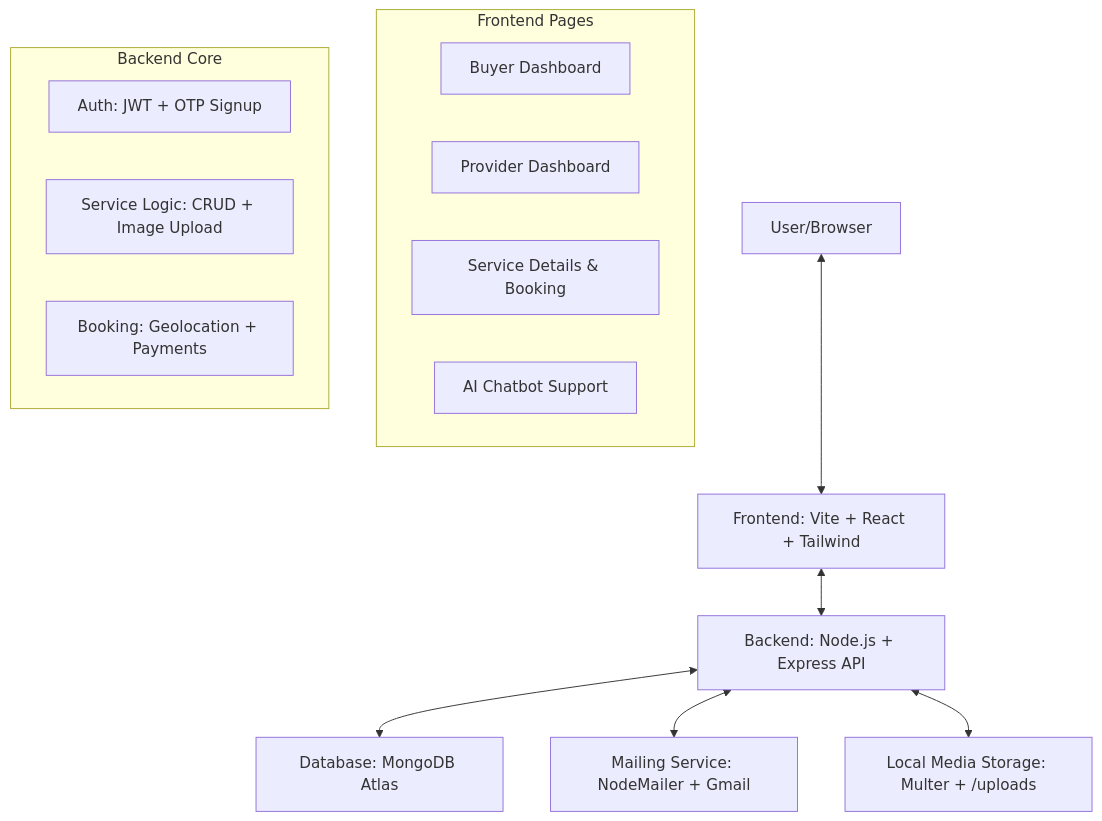
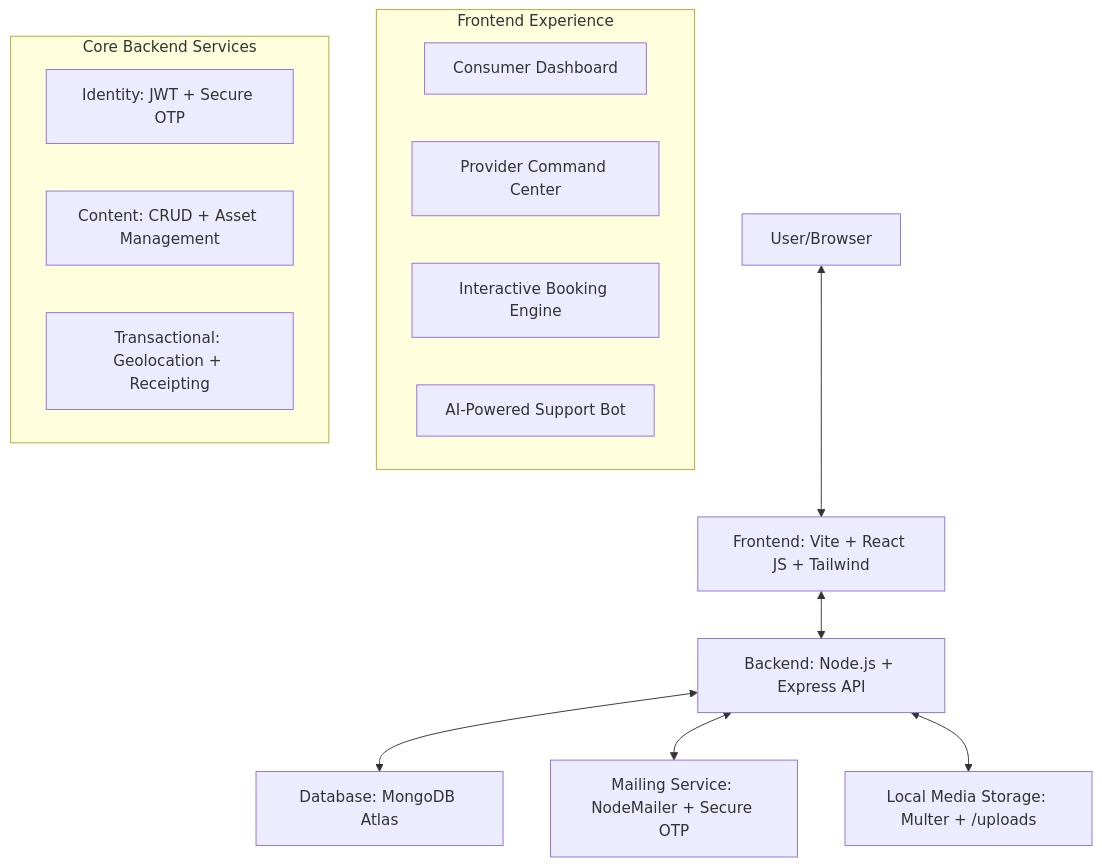
Before and after one commit to priyanshu-dev121/Local-Link: the diagram in README.md, drawn with Mermaid. The commit also changed other lines of this file and 116 other files, not shown here.

````diff
--- a/README.md
+++ b/README.md
@@ -9,21 +11,21 @@
 ```mermaid
 graph TD
-    A[User/Browser] <--> B[Frontend: Vite + React + Tailwind]
+    A[User/Browser] <--> B[Frontend: Vite + React JS + Tailwind]
     B <--> C[Backend: Node.js + Express API]
     C <--> D[Database: MongoDB Atlas]
-    C <--> E[Mailing Service: NodeMailer + Gmail]
+    C <--> E[Mailing Service: NodeMailer + Secure OTP]
     C <--> F[Local Media Storage: Multer + /uploads]
 
-    subgraph Frontend Pages
-        G[Buyer Dashboard]
-        H[Provider Dashboard]
-        I[Service Details & Booking]
-        J[AI Chatbot Support]
+    subgraph "Frontend Experience"
+        G[Consumer Dashboard]
+        H[Provider Command Center]
+        I[Interactive Booking Engine]
+        J[AI-Powered Support Bot]
     end
 
-    subgraph Backend Core
-        K[Auth: JWT + OTP Signup]
-        L[Service Logic: CRUD + Image Upload]
-        M[Booking: Geolocation + Payments]
+    subgraph "Core Backend Services"
+        K[Identity: JWT + Secure OTP]
+        L[Content: CRUD + Asset Management]
+        M[Transactional: Geolocation + Receipting]
     end
 ```
````
